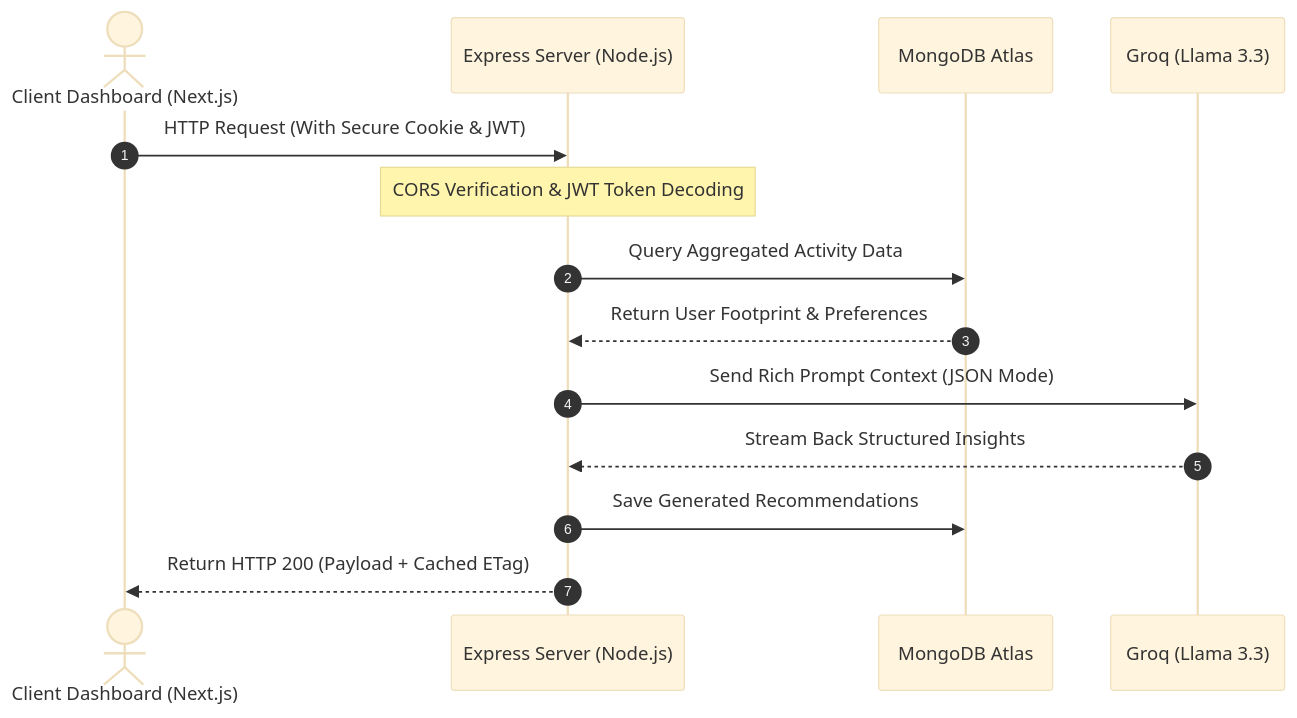
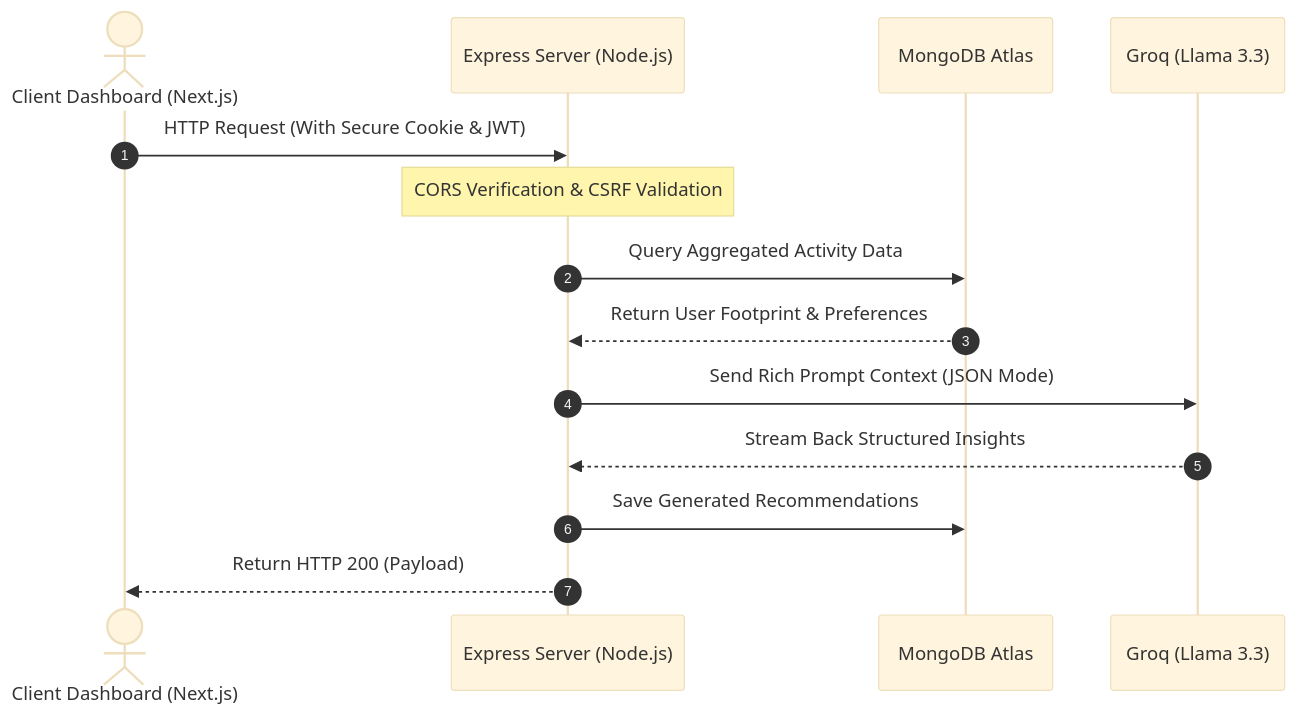
Before and after one commit to hetpatel1b/CarbonSphere-AI: the second of 2 diagrams in README.md, drawn with Mermaid (base theme). The commit also changed other lines of this file, not shown here.

Commit message:
docs: add comprehensive architecture section with mermaid diagrams

````diff
--- a/README.md
+++ b/README.md
@@ -122,17 +182,17 @@
 ```mermaid
 sequenceDiagram
     autonumber
     actor User as Client Dashboard (Next.js)
     participant API as Express Server (Node.js)
     participant DB as MongoDB Atlas
     participant AI as Groq (Llama 3.3)
 
     User->>API: HTTP Request (With Secure Cookie & JWT)
-    Note over API: CORS Verification & JWT Token Decoding
+    Note over API: CORS Verification & CSRF Validation
     API->>DB: Query Aggregated Activity Data
     DB-->>API: Return User Footprint & Preferences
     API->>AI: Send Rich Prompt Context (JSON Mode)
     AI-->>API: Stream Back Structured Insights
     API->>DB: Save Generated Recommendations
-    API-->>User: Return HTTP 200 (Payload + Cached ETag)
+    API-->>User: Return HTTP 200 (Payload)
 ```
````
